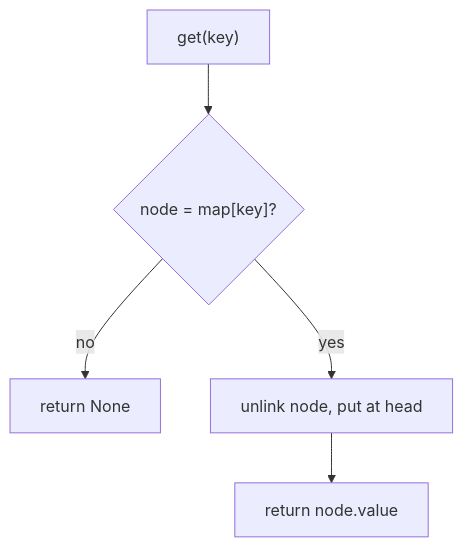
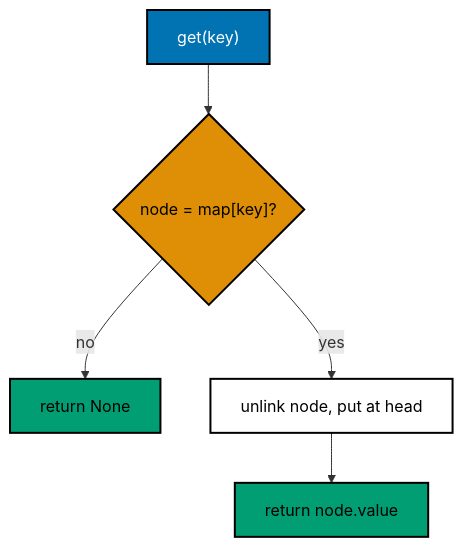
Before and after one commit to wahidyankf/grind-in-public: the first of 2 diagrams in drill/system-design-algos/in-python/algo_05_lru_cache.md, drawn with Mermaid. The commit also changed other lines of this file and 22 other files, not shown here.

First line of the commit message:
docs: use accessible palette in mermaid diagrams

````diff
--- a/drill/system-design-algos/in-python/algo_05_lru_cache.md
+++ b/drill/system-design-algos/in-python/algo_05_lru_cache.md
@@ -35,11 +35,18 @@
 ```mermaid
 flowchart TD
   accTitle: LRU cache get
   accDescr {
     Shows how get returns None on a miss, or moves the node to the head and returns its value.
   }
   A["get(key)"] --> B{"node = map[key]?"}
   B -->|no| Z["return None"]
   B -->|yes| C["unlink node, put at head"]
   C --> D["return node.value"]
+  classDef default fill:#FFFFFF,stroke:#000000,color:#000000,stroke-width:2px
+  classDef blue fill:#0173B2,stroke:#000000,color:#FFFFFF,stroke-width:2px
+  classDef orange fill:#DE8F05,stroke:#000000,color:#000000,stroke-width:2px
+  classDef teal fill:#029E73,stroke:#000000,color:#000000,stroke-width:2px
+  class B orange
+  class A blue
+  class Z,D teal
 ```
````
